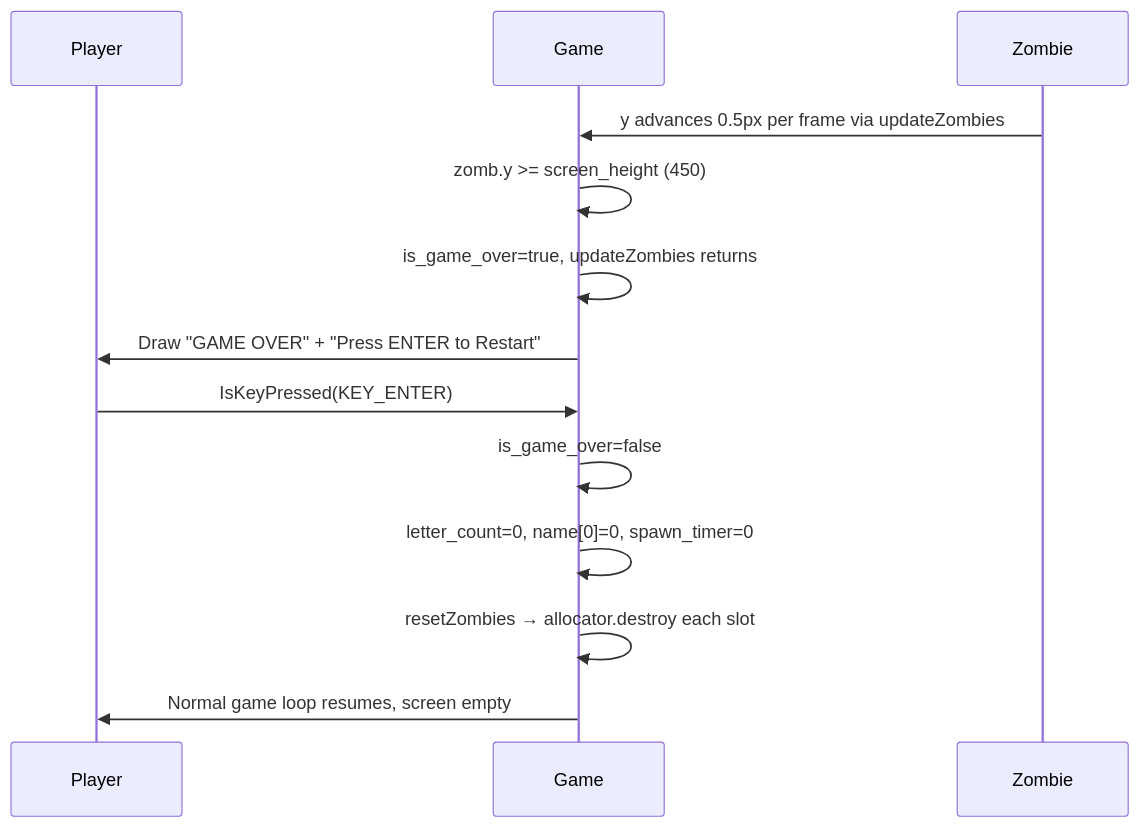
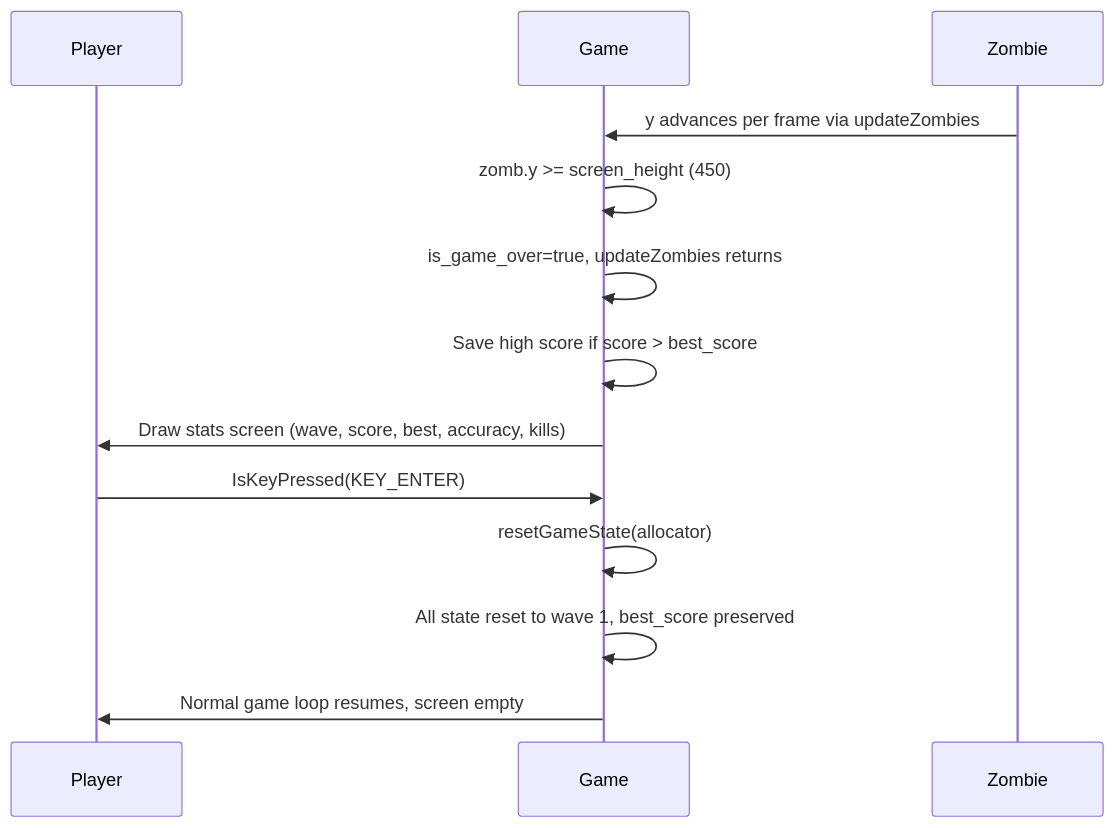
One commit to bfernandez31/death-note changed the third of 10 diagrams in specs/specifications/features.md. Above: the diagram before and after it, drawn with Mermaid. The commit also changed other lines of this file and 8 other files, not shown here.

````diff
--- a/specs/specifications/features.md
+++ b/specs/specifications/features.md
@@ -338,16 +540,16 @@
 ```mermaid
 sequenceDiagram
     participant Player
     participant Game
     participant Zombie
 
-    Zombie->>Game: y advances 0.5px per frame via updateZombies
+    Zombie->>Game: y advances per frame via updateZombies
     Game->>Game: zomb.y >= screen_height (450)
     Game->>Game: is_game_over=true, updateZombies returns
-    Game->>Player: Draw "GAME OVER" + "Press ENTER to Restart"
+    Game->>Game: Save high score if score > best_score
+    Game->>Player: Draw stats screen (wave, score, best, accuracy, kills)
     Player->>Game: IsKeyPressed(KEY_ENTER)
-    Game->>Game: is_game_over=false
-    Game->>Game: letter_count=0, name[0]=0, spawn_timer=0
-    Game->>Game: resetZombies → allocator.destroy each slot
+    Game->>Game: resetGameState(allocator)
+    Game->>Game: All state reset to wave 1, best_score preserved
     Game->>Player: Normal game loop resumes, screen empty
 ```
````
